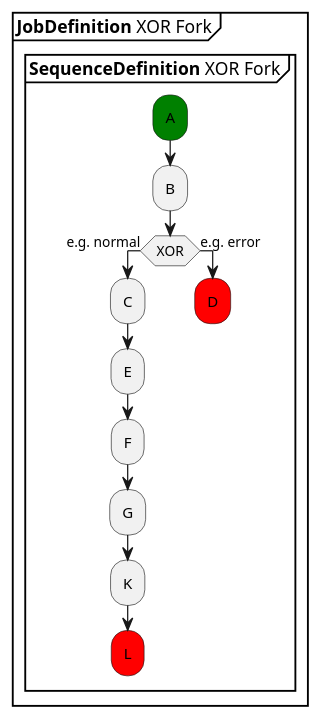
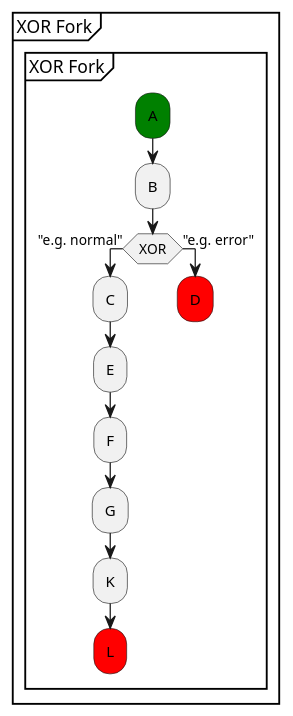
Before and after one commit to xtuml/munin: the diagram in models/SequenceVerificationDataCentric/puml/Tutorial_5.puml, drawn with PlantUML. The commit also changed 21 other files, not shown here.

```diff
--- a/models/SequenceVerificationDataCentric/puml/Tutorial_5.puml
+++ b/models/SequenceVerificationDataCentric/puml/Tutorial_5.puml
@@ -7,20 +7,20 @@
 @startuml 
-partition "**JobDefinition** XOR Fork" {
-group **SequenceDefinition** XOR Fork
+partition "XOR Fork" {
+group "XOR Fork"
       #green:A;
       :B;
-  if (XOR) then (e.g. normal)
+  if (XOR) then ("e.g. normal")
       :C;
       :E;
       :F;
       :G;
       :K;
       #red:L;
       detach
-  else (e.g. error)
+  else ("e.g. error")
       #red:D;
-  endif
       detach
+  end if
 end group
 }      
 @enduml
```
